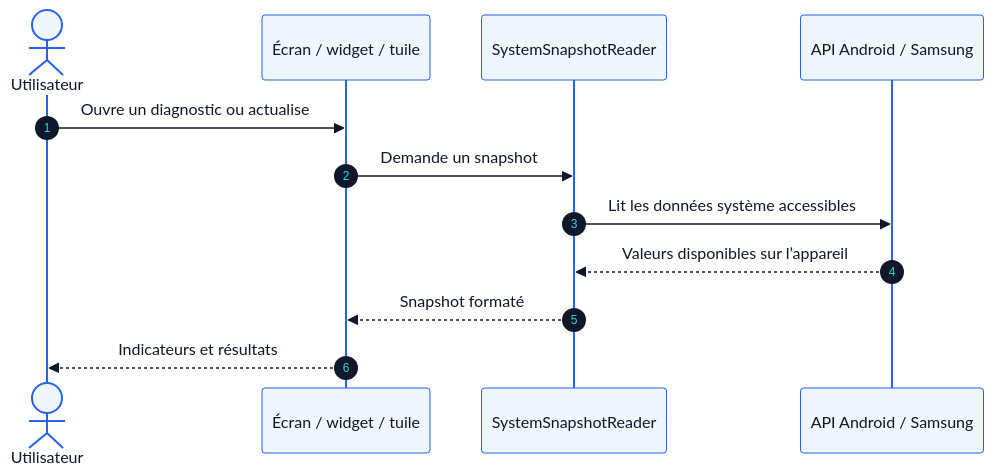
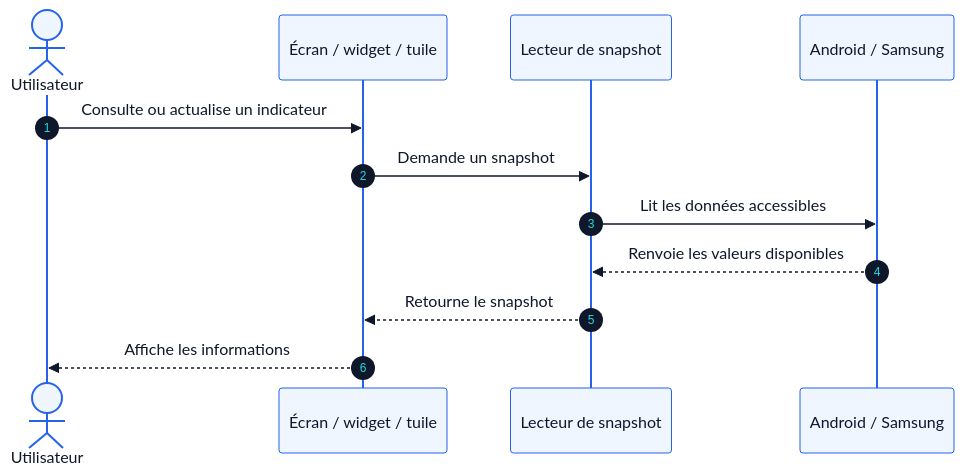
Before and after one commit to teremuhamblin/SmartTools: the second of 2 diagrams in README.md, drawn with Mermaid. The commit also changed other lines of this file and 4 other files, not shown here.

````diff
--- a/README.md
+++ b/README.md
@@ -158,16 +139,15 @@
 ```mermaid
 %%{init: {"theme":"base","themeVariables":{"primaryColor":"#EFF6FF","primaryTextColor":"#0F172A","primaryBorderColor":"#2563EB","lineColor":"#DC2626","fontFamily":"Arial"}}}%%
 sequenceDiagram
     autonumber
     actor User as Utilisateur
     participant UI as Écran / widget / tuile
-    participant Reader as SystemSnapshotReader
-    participant Android as API Android / Samsung
-
-    User->>UI: Ouvre un diagnostic ou actualise
+    participant Reader as Lecteur de snapshot
+    participant Android as Android / Samsung
+    User->>UI: Consulte ou actualise un indicateur
     UI->>Reader: Demande un snapshot
-    Reader->>Android: Lit les données système accessibles
-    Android-->>Reader: Valeurs disponibles sur l’appareil
-    Reader-->>UI: Snapshot formaté
-    UI-->>User: Indicateurs et résultats
+    Reader->>Android: Lit les données accessibles
+    Android-->>Reader: Renvoie les valeurs disponibles
+    Reader-->>UI: Retourne le snapshot
+    UI-->>User: Affiche les informations
 ```
````
